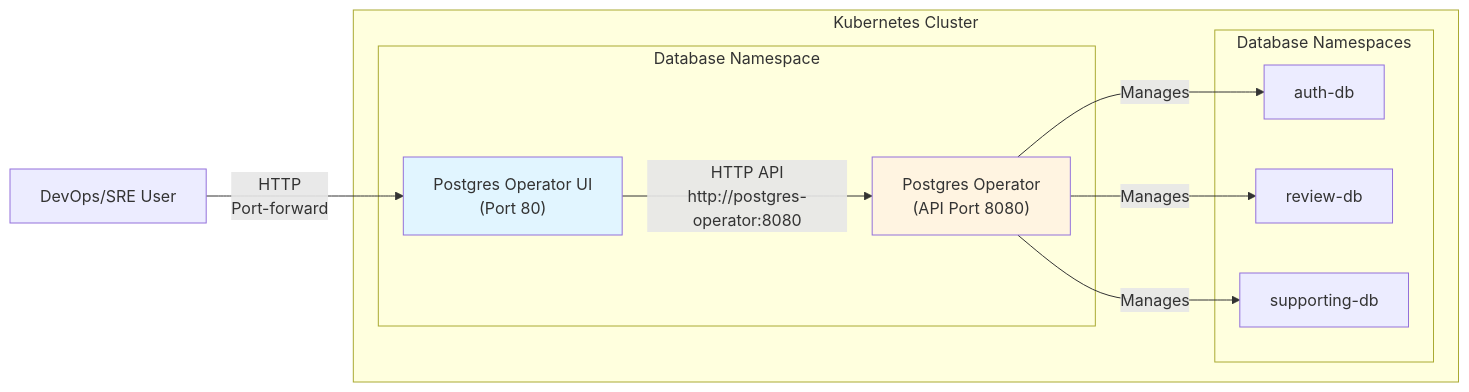
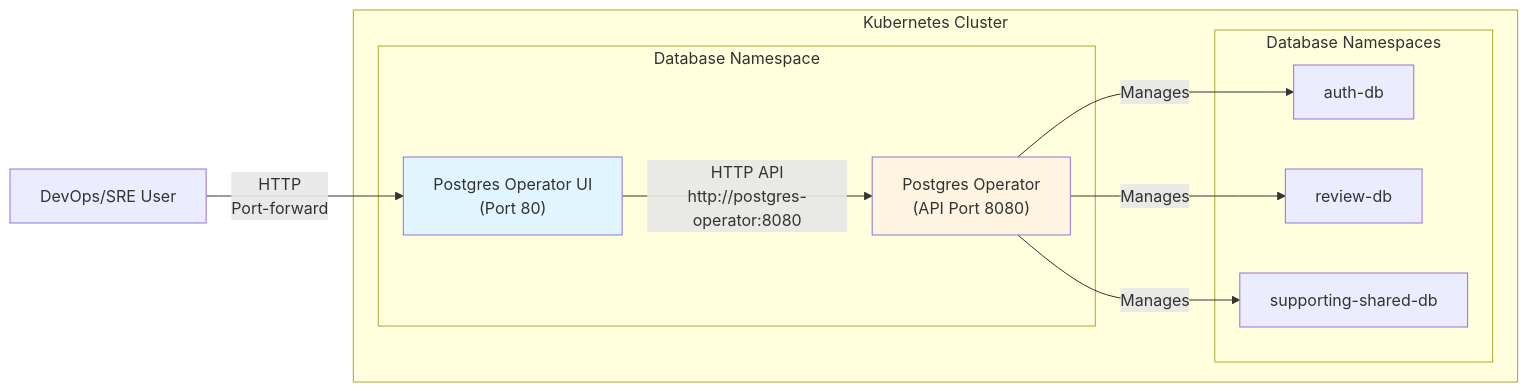
One commit to duynhlab/homelab changed the second of 2 diagrams in docs/databases/database.md. Above: the diagram before and after it, drawn with Mermaid. The commit also changed other lines of this file and 11 other files, not shown here.

````diff
--- a/docs/databases/database.md
+++ b/docs/databases/database.md
@@ -1261,24 +795,24 @@
 ```mermaid
 flowchart LR
     subgraph Kubernetes["Kubernetes Cluster"]
         subgraph DatabaseNS["Database Namespace"]
             UIPod["Postgres Operator UI<br/>(Port 80)"]
             OperatorPod["Postgres Operator<br/>(API Port 8080)"]
         end
         
         subgraph DBNamespaces["Database Namespaces"]
             AuthDB["auth-db"]
             ReviewDB["review-db"]
-            SupportingDB["supporting-db"]
+            SupportingDB["supporting-shared-db"]
         end
     end
     
     User["DevOps/SRE User"] -->|"HTTP<br/>Port-forward"| UIPod
     UIPod -->|"HTTP API<br/>http://postgres-operator:8080"| OperatorPod
     OperatorPod -->|"Manages"| AuthDB
     OperatorPod -->|"Manages"| ReviewDB
     OperatorPod -->|"Manages"| SupportingDB
     
     style UIPod fill:#e1f5ff
     style OperatorPod fill:#fff4e1
 ```
````
